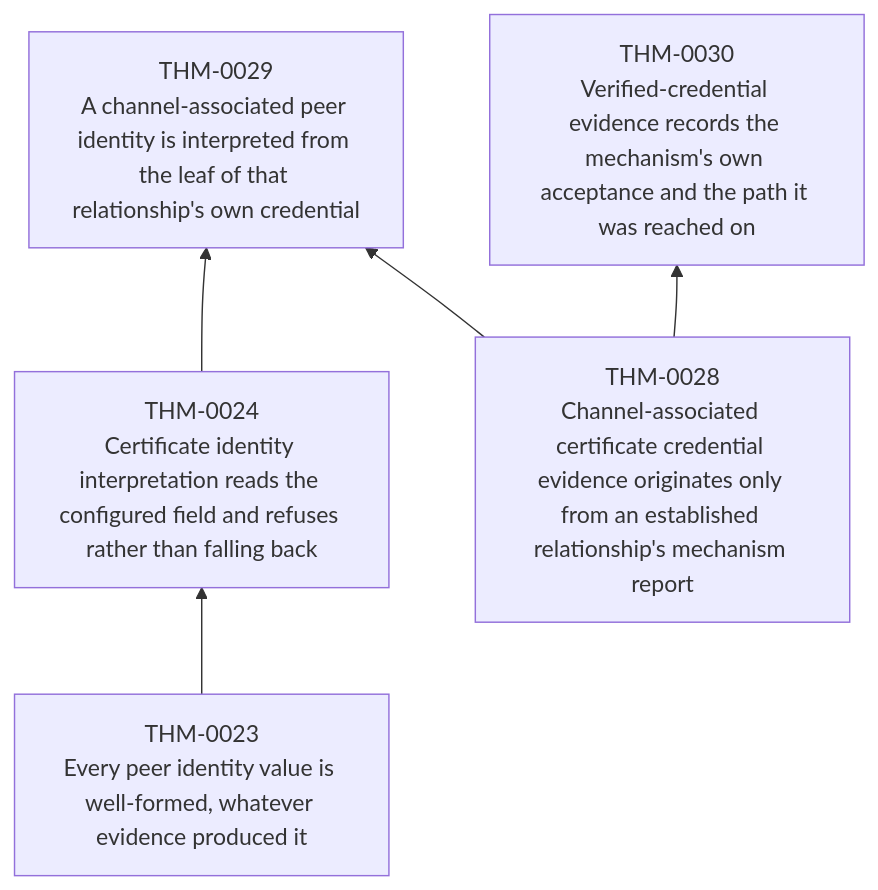
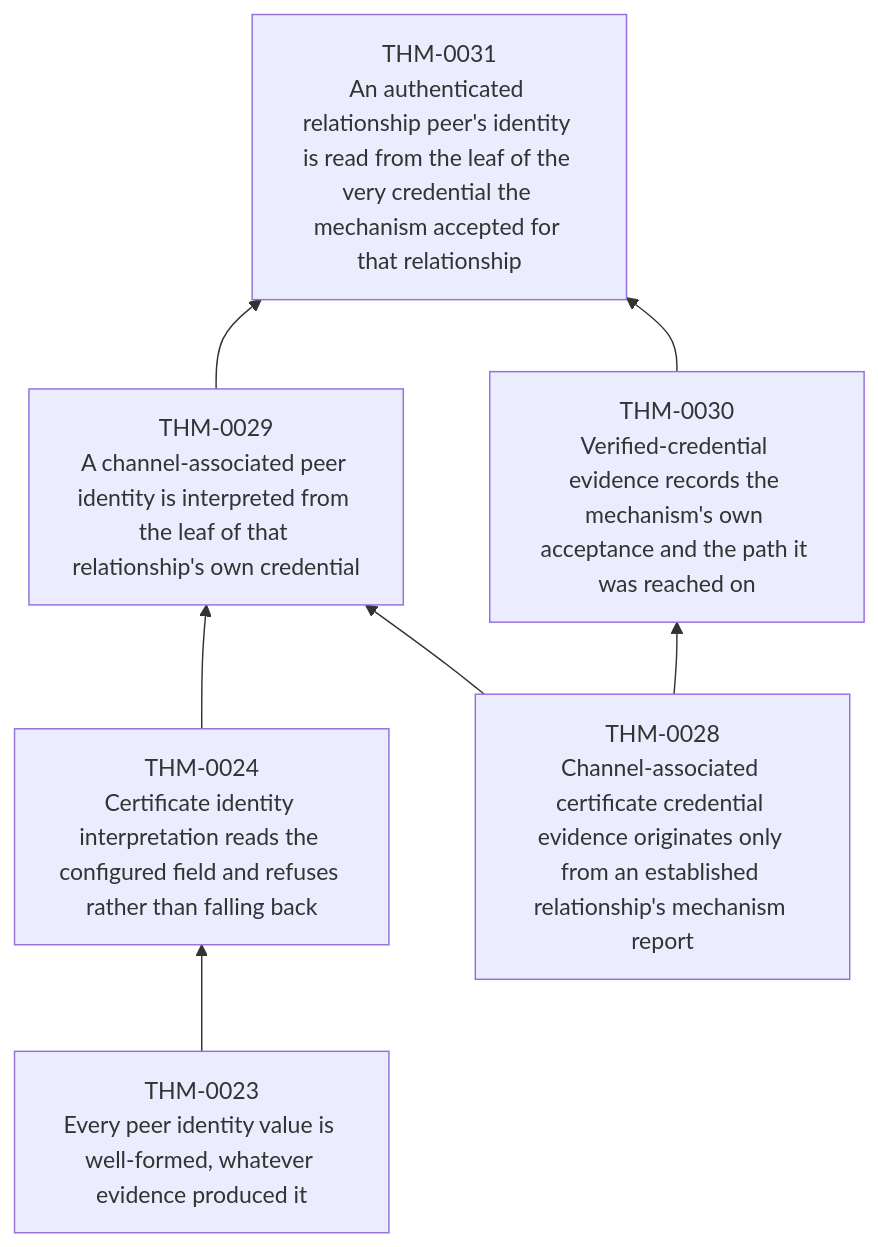
One commit to matssun/mcp-re changed the tenth of 11 diagrams in verification/generated/theorem-dependencies.md. Above: the diagram before and after it, drawn with Mermaid. The commit also changed 12 other files, not shown here.

First line of the commit message:
feat(communication-assurance): the authenticated peer of a relationship (ADR-MCPRE-064 Slice 2)

````diff
--- a/verification/generated/theorem-dependencies.md
+++ b/verification/generated/theorem-dependencies.md
@@ -106,12 +106,15 @@
 ```mermaid
 graph BT
     THM_0023["THM-0023<br/>Every peer identity value is well-formed, whatever evidence produced it"]
     THM_0024["THM-0024<br/>Certificate identity interpretation reads the configured field and refuses rather than falling back"]
     THM_0028["THM-0028<br/>Channel-associated certificate credential evidence originates only from an established relationship's mechanism report"]
     THM_0029["THM-0029<br/>A channel-associated peer identity is interpreted from the leaf of that relationship's own credential"]
     THM_0030["THM-0030<br/>Verified-credential evidence records the mechanism's own acceptance and the path it was reached on"]
+    THM_0031["THM-0031<br/>An authenticated relationship peer's identity is read from the leaf of the very credential the mechanism accepted for that relationship"]
     THM_0023 --> THM_0024
     THM_0024 --> THM_0029
     THM_0028 --> THM_0029
     THM_0028 --> THM_0030
+    THM_0029 --> THM_0031
+    THM_0030 --> THM_0031
 ```
````
